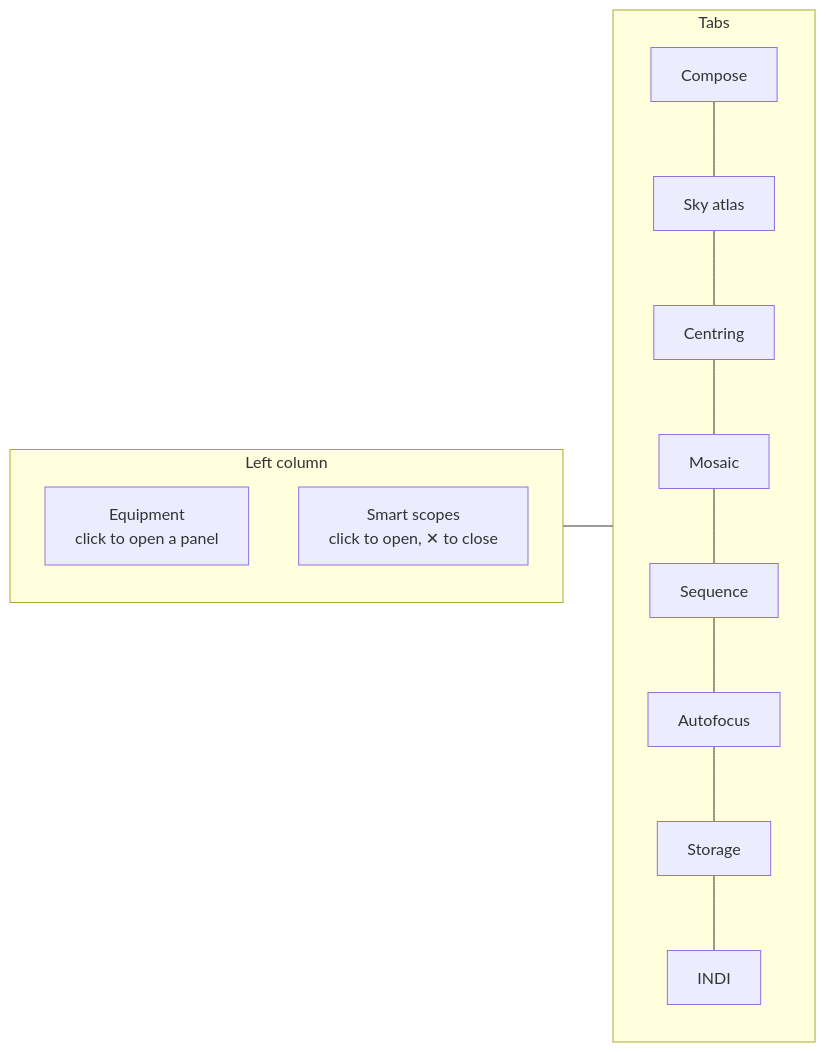
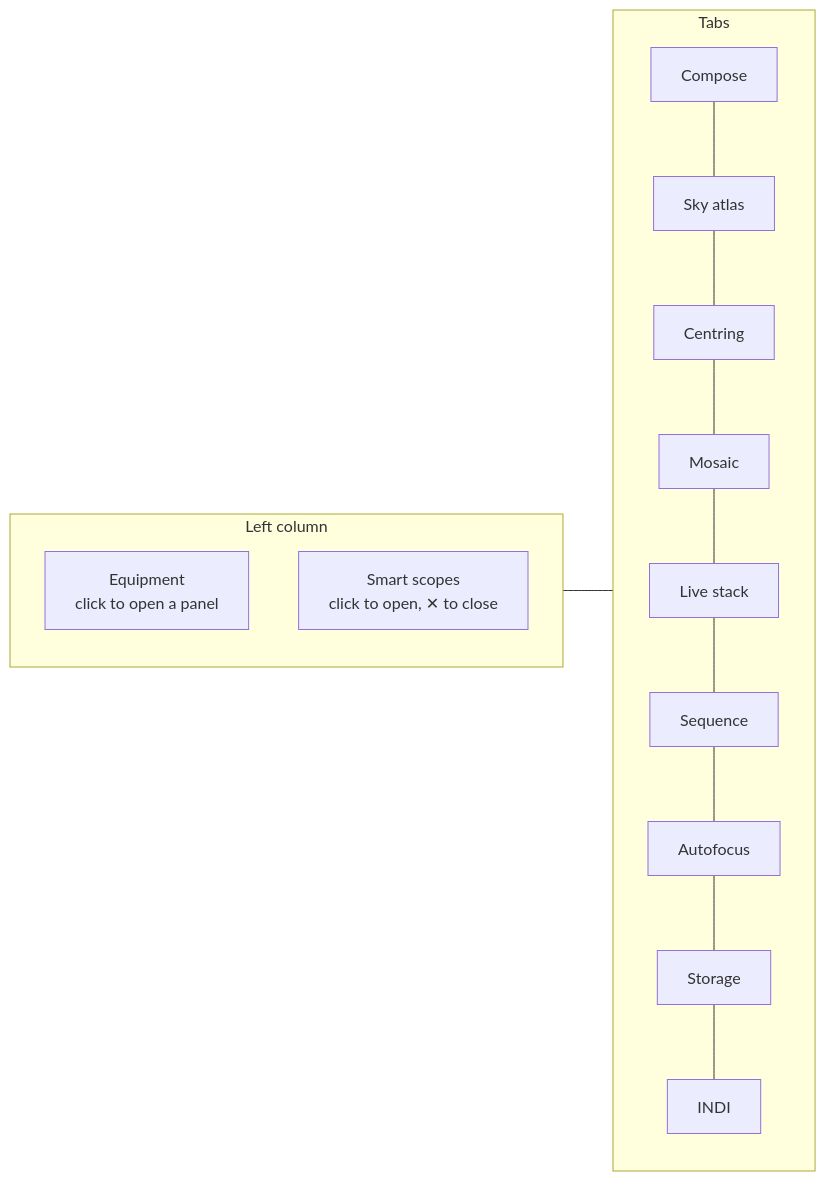
One commit to UltraGeekDEV/ELink-Astro changed the second of 4 diagrams in docs/user-guide.md. Above: the diagram before and after it, drawn with Mermaid. The commit also changed other lines of this file and 22 other files, not shown here.

Commit message:
Live stacking into a fixed virtual field at any pixel scale: TAN WCS (full solve-field solution), exact homography resampling, bicubic upscaling, binned + supersampled area-averaged downscaling, sky-level matching, float FITS + WCS out; service, Live stack tab, docs

````diff
--- a/docs/user-guide.md
+++ b/docs/user-guide.md
@@ -56,12 +56,12 @@
 ```mermaid
 flowchart LR
     subgraph Left[Left column]
         E[Equipment<br/>click to open a panel]
         S[Smart scopes<br/>click to open, ✕ to close]
     end
     subgraph Tabs
-        T1[Compose] --- T2[Sky atlas] --- T3[Centring] --- T4[Mosaic]
-        T4 --- T5[Sequence] --- T6[Autofocus] --- T7[Storage] --- T8[INDI]
+        T1[Compose] --- T2[Sky atlas] --- T3[Centring] --- T4[Mosaic] --- T4b[Live stack]
+        T4b --- T5[Sequence] --- T6[Autofocus] --- T7[Storage] --- T8[INDI]
     end
     Left --- Tabs
 ```
````
